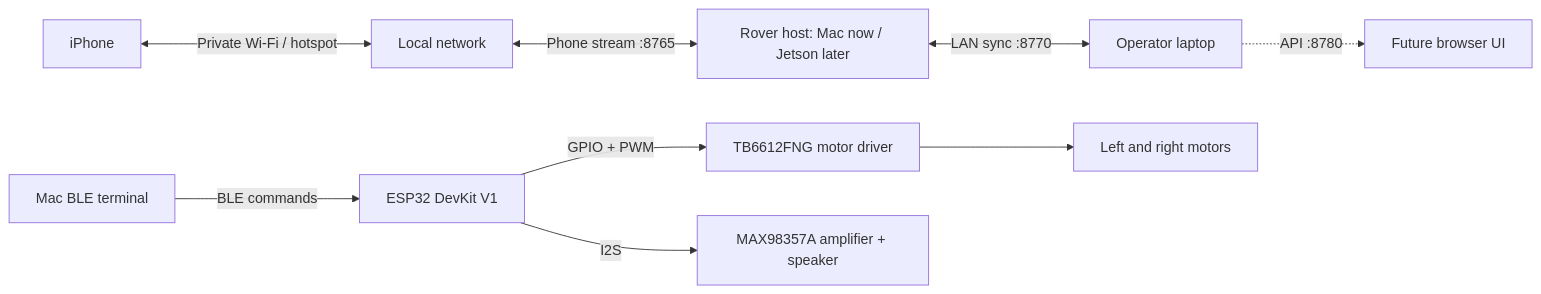
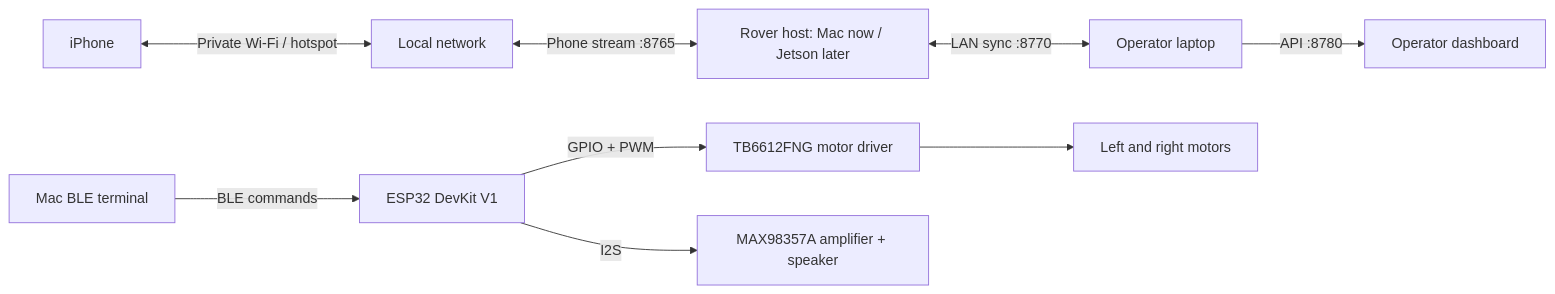
Before and after one commit to PabloMCodes/BOB: the third of 4 diagrams in README.MD, drawn with Mermaid. The commit also changed other lines of this file and 5 other files, not shown here.

````diff
--- a/README.MD
+++ b/README.MD
@@ -70,11 +70,11 @@
 ```mermaid
 flowchart LR
     phoneDevice["iPhone"] <-->|"Private Wi-Fi / hotspot"| localNetwork["Local network"]
     localNetwork <-->|"Phone stream :8765"| roverDevice["Rover host: Mac now / Jetson later"]
     roverDevice <-->|"LAN sync :8770"| laptopDevice["Operator laptop"]
-    laptopDevice -.->|"API :8780"| futureBrowser["Future browser UI"]
+    laptopDevice -->|"API :8780"| futureBrowser["Operator dashboard"]
     bench["Mac BLE terminal"] -->|"BLE commands"| esp["ESP32 DevKit V1"]
     esp -->|"GPIO + PWM"| driver["TB6612FNG motor driver"]
     driver --> motors["Left and right motors"]
     esp -->|"I2S"| amplifier["MAX98357A amplifier + speaker"]
 ```
````
